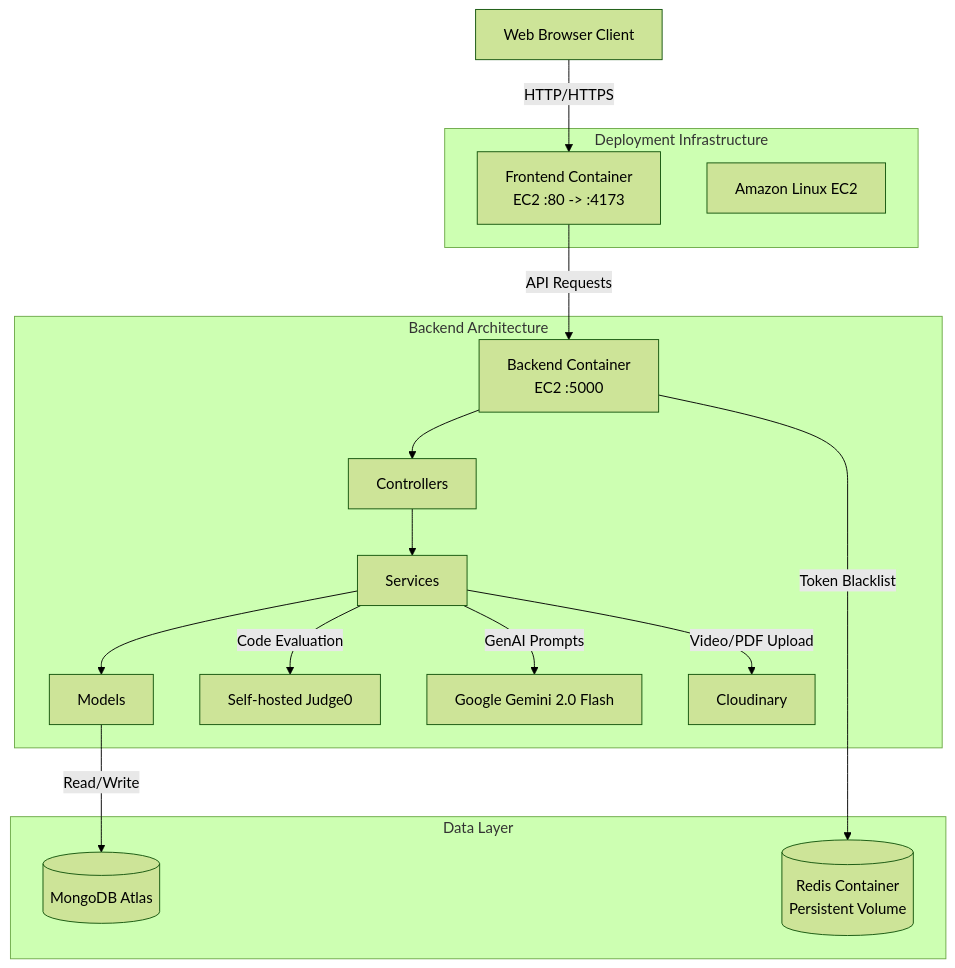
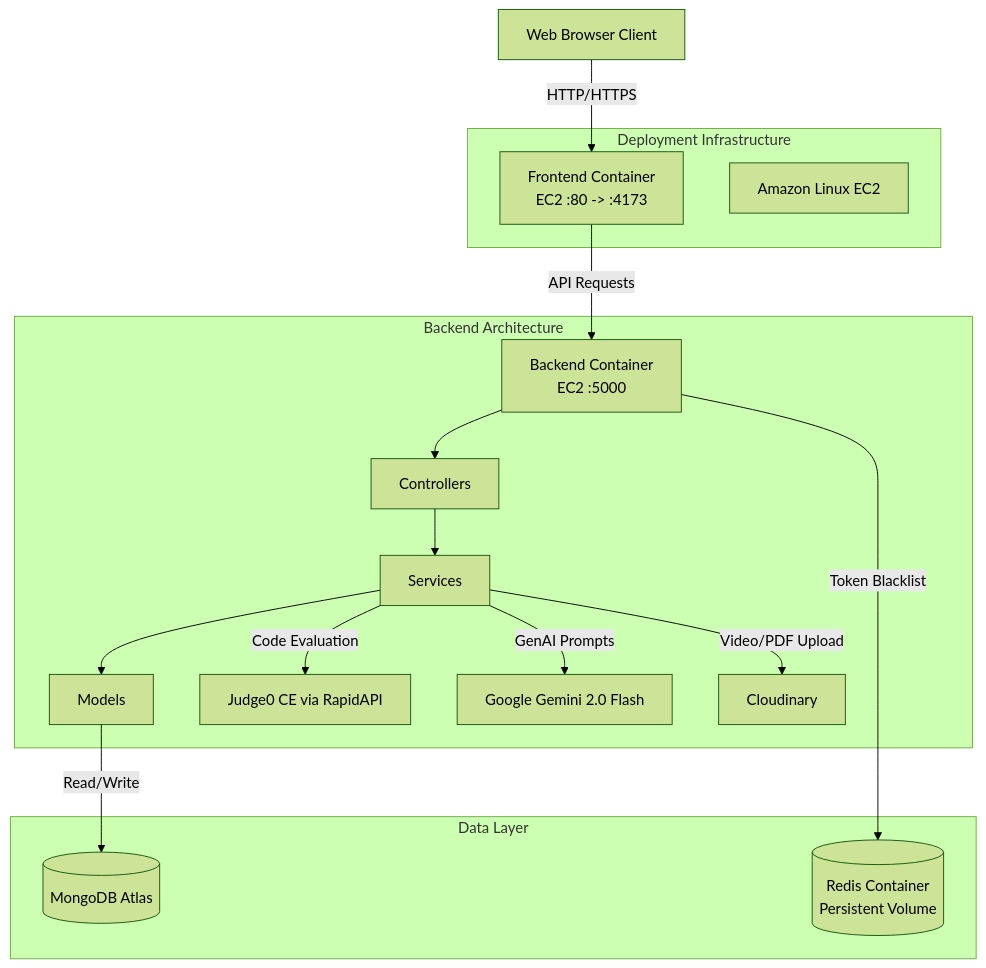
Before and after one commit to Hars-cpu/JD-AND-RESUME-BASED-AI-INTERVIEW: the diagram in HLD.md, drawn with Mermaid (forest theme). The commit also changed other lines of this file and 3 other files, not shown here.

````diff
--- a/HLD.md
+++ b/HLD.md
@@ -21,28 +21,28 @@
 ```mermaid
 graph TD
     Client[Web Browser Client] -->|HTTP/HTTPS| FE[Frontend Container<br/>EC2 :80 -> :4173]
     FE -->|API Requests| BE[Backend Container<br/>EC2 :5000]
     
     subgraph Backend Architecture
         BE --> Controllers
         Controllers --> Services
         Services --> Models
         
         %% External Integrations
-        Services -->|Code Evaluation| Judge0[Self-hosted Judge0]
+        Services -->|Code Evaluation| Judge0[Judge0 CE via RapidAPI]
         Services -->|GenAI Prompts| Gemini[Google Gemini 2.0 Flash]
         Services -->|Video/PDF Upload| Cloudinary[Cloudinary]
     end
     
     subgraph Data Layer
         Models -->|Read/Write| MongoDB[(MongoDB Atlas)]
         BE -->|Token Blacklist| Redis[(Redis Container<br/>Persistent Volume)]
     end
 
     subgraph Deployment Infrastructure
         EC2[Amazon Linux EC2]
         FE
         BE
         Redis
     end
 ```
````
